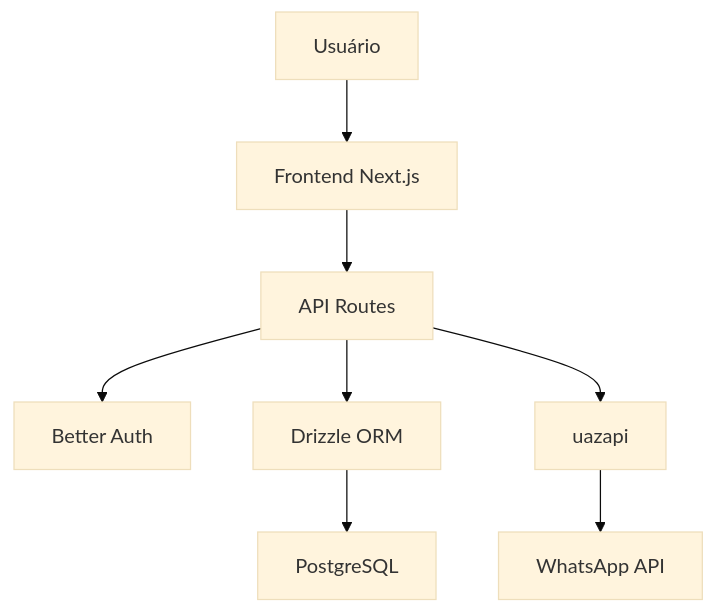
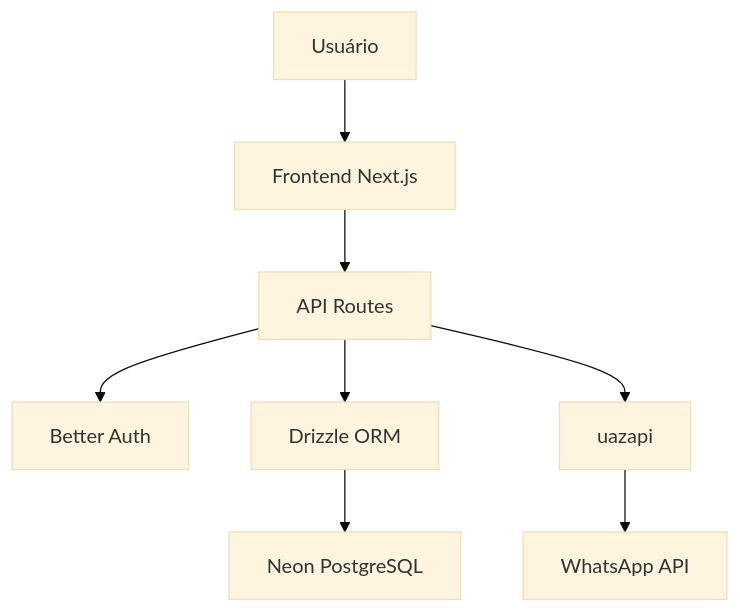
One commit to tiagoyoko/wpp-disparador changed the diagram in docs/business/PRD.md. Above: the diagram before and after it, drawn with Mermaid (base theme). The commit also changed other lines of this file, not shown here.

First line of the commit message:
docs: atualizar PRD para usar Neon como banco de dados

````diff
--- a/docs/business/PRD.md
+++ b/docs/business/PRD.md
@@ -167,10 +200,10 @@
 ```mermaid
 graph TD
     A[Usuário] --> B[Frontend Next.js]
     B --> C[API Routes]
     C --> D[Better Auth]
     C --> E[Drizzle ORM]
-    E --> F[PostgreSQL]
+    E --> F[Neon PostgreSQL]
     C --> G[uazapi]
     G --> H[WhatsApp API]
 ```
````
